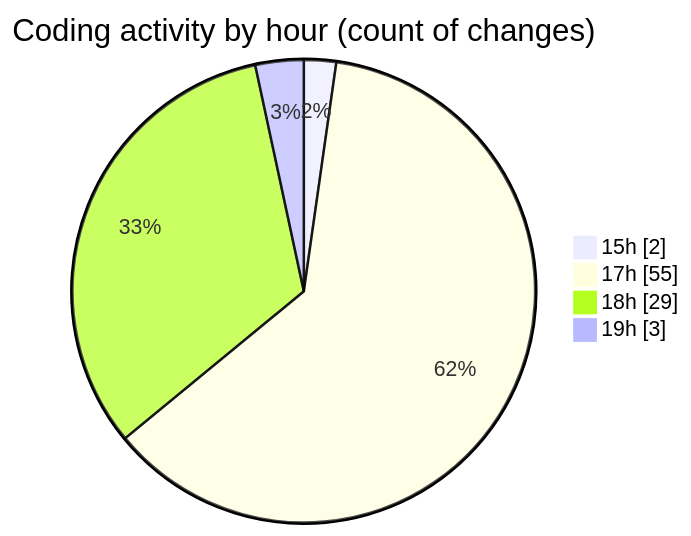
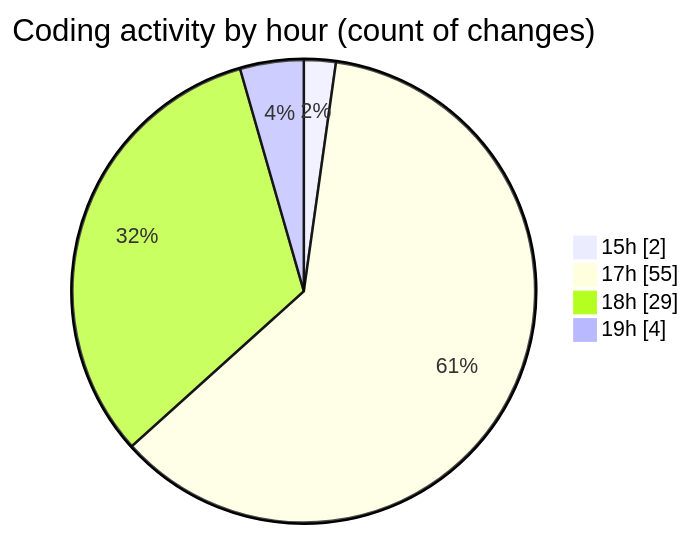
The second of 2 diagrams in 2025-05-06/samplepdf/README.md (momahboobian/code-tracking), drawn with Mermaid before and after one commit. The commit also changed other lines of this file and 1 other file, not shown here.

````diff
--- a/2025-05-06/samplepdf/README.md
+++ b/2025-05-06/samplepdf/README.md
@@ -51,8 +51,8 @@
 ```mermaid
 pie showData
 title Coding activity by hour (count of changes)
 "15h" : 2
 "17h" : 55
 "18h" : 29
-"19h" : 3
+"19h" : 4
 ```
````
